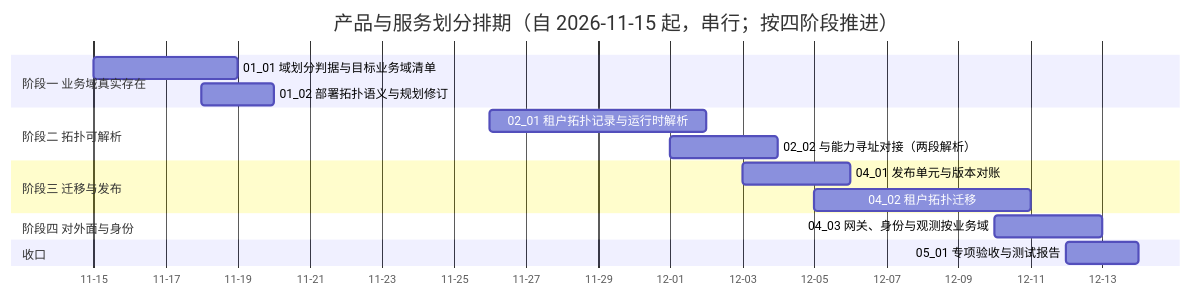
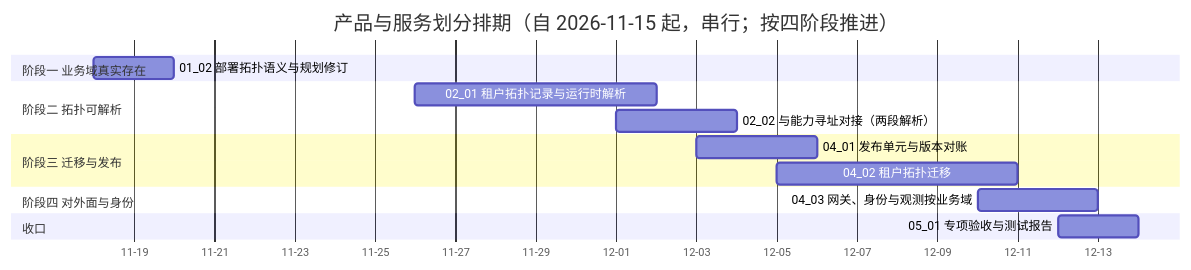
One commit to minjian123/basic-management-system changed the diagram in bms文档/项目/07C_产品与服务划分/计划/01_计划_产品与服务划分.md. Above: the diagram before and after it, drawn with Mermaid. The commit also changed other lines of this file and 4 other files, not shown here.

````diff
--- a/bms文档/项目/07C_产品与服务划分/计划/01_计划_产品与服务划分.md
+++ b/bms文档/项目/07C_产品与服务划分/计划/01_计划_产品与服务划分.md
@@ -46,19 +46,18 @@
 ```mermaid
 gantt
     title 产品与服务划分排期（自 2026-11-15 起，串行；按四阶段推进）
     dateFormat  YYYY-MM-DD
     axisFormat %m-%d
     section 阶段一 业务域真实存在
-    01_01 域划分判据与目标业务域清单 :c0101, 2026-11-15, 4d
     01_02 部署拓扑语义与规划修订 :c0102, 2026-11-18, 2d
     section 阶段二 拓扑可解析
     02_01 租户拓扑记录与运行时解析 :c0201, 2026-11-26, 6d
     02_02 与能力寻址对接（两段解析） :c0202, 2026-12-01, 3d
     section 阶段三 迁移与发布
     04_01 发布单元与版本对账 :c0401, 2026-12-03, 3d
     04_02 租户拓扑迁移 :c0402, 2026-12-05, 6d
     section 阶段四 对外面与身份
     04_03 网关、身份与观测按业务域 :c0403, 2026-12-10, 3d
     section 收口
     05_01 专项验收与测试报告 :c0501, 2026-12-12, 2d
 ```
````
